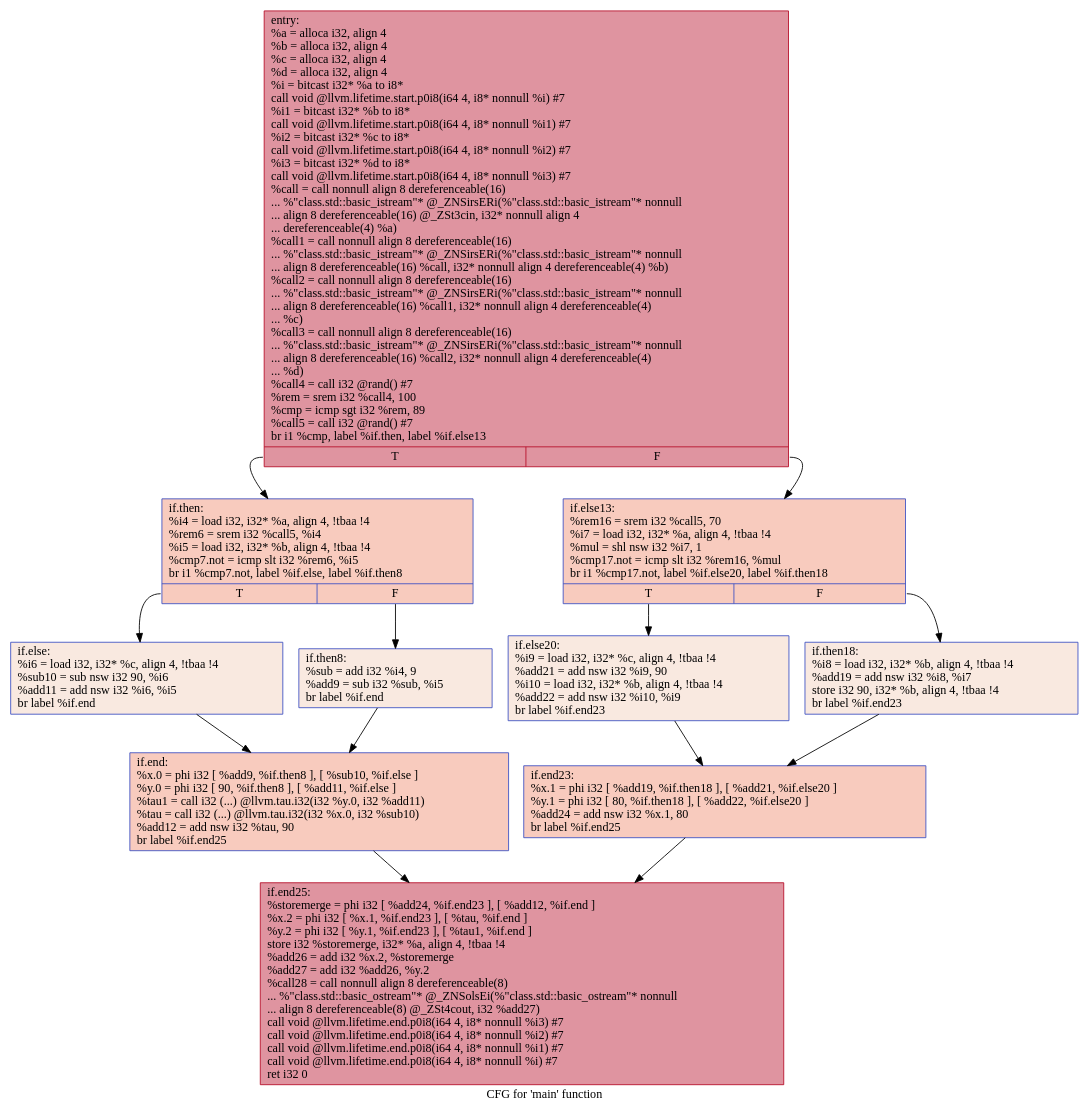
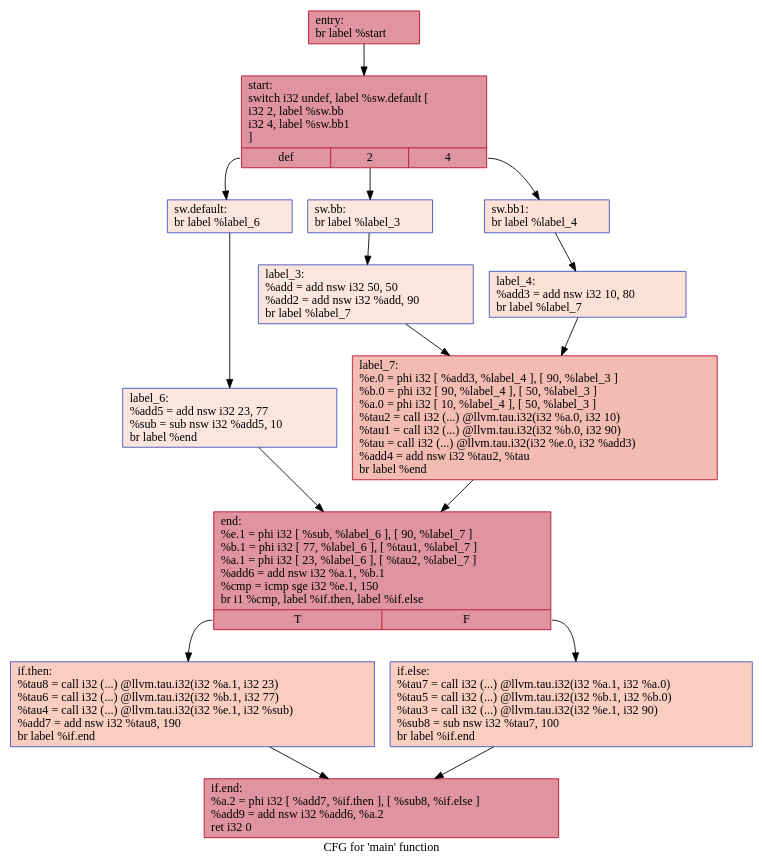
Before and after one commit to HPSSA-LLVM/HPSSA-LLVM: the diagram in IR/cfg/withHPSSA.dot, drawn with Graphviz. The commit also changed 67 other files, not shown here.

```diff
--- a/IR/cfg/withHPSSA.dot
+++ b/IR/cfg/withHPSSA.dot
@@ -1,26 +1,32 @@
 digraph "CFG for 'main' function" {
 	label="CFG for 'main' function";
 
-	Node0x5557fe608850 [shape=record,color="#b70d28ff", style=filled, fillcolor="#b70d2870",label="{entry:\l  %a = alloca i32, align 4\l  %b = alloca i32, align 4\l  %c = alloca i32, align 4\l  %d = alloca i32, align 4\l  %i = bitcast i32* %a to i8*\l  call void @llvm.lifetime.start.p0i8(i64 4, i8* nonnull %i) #7\l  %i1 = bitcast i32* %b to i8*\l  call void @llvm.lifetime.start.p0i8(i64 4, i8* nonnull %i1) #7\l  %i2 = bitcast i32* %c to i8*\l  call void @llvm.lifetime.start.p0i8(i64 4, i8* nonnull %i2) #7\l  %i3 = bitcast i32* %d to i8*\l  call void @llvm.lifetime.start.p0i8(i64 4, i8* nonnull %i3) #7\l  %call = call nonnull align 8 dereferenceable(16)\l... %\"class.std::basic_istream\"* @_ZNSirsERi(%\"class.std::basic_istream\"* nonnull\l... align 8 dereferenceable(16) @_ZSt3cin, i32* nonnull align 4\l... dereferenceable(4) %a)\l  %call1 = call nonnull align 8 dereferenceable(16)\l... %\"class.std::basic_istream\"* @_ZNSirsERi(%\"class.std::basic_istream\"* nonnull\l... align 8 dereferenceable(16) %call, i32* nonnull align 4 dereferenceable(4) %b)\l  %call2 = call nonnull align 8 dereferenceable(16)\l... %\"class.std::basic_istream\"* @_ZNSirsERi(%\"class.std::basic_istream\"* nonnull\l... align 8 dereferenceable(16) %call1, i32* nonnull align 4 dereferenceable(4)\l... %c)\l  %call3 = call nonnull align 8 dereferenceable(16)\l... %\"class.std::basic_istream\"* @_ZNSirsERi(%\"class.std::basic_istream\"* nonnull\l... align 8 dereferenceable(16) %call2, i32* nonnull align 4 dereferenceable(4)\l... %d)\l  %call4 = call i32 @rand() #7\l  %rem = srem i32 %call4, 100\l  %cmp = icmp sgt i32 %rem, 89\l  %call5 = call i32 @rand() #7\l  br i1 %cmp, label %if.then, label %if.else13\l|{<s0>T|<s1>F}}"];
-	Node0x5557fe608850:s0 -> Node0x5557fe60a0e0;
-	Node0x5557fe608850:s1 -> Node0x5557fe60a1b0;
-	Node0x5557fe60a0e0 [shape=record,color="#3d50c3ff", style=filled, fillcolor="#ef886b70",label="{if.then:                                          \l  %i4 = load i32, i32* %a, align 4, !tbaa !4\l  %rem6 = srem i32 %call5, %i4\l  %i5 = load i32, i32* %b, align 4, !tbaa !4\l  %cmp7.not = icmp slt i32 %rem6, %i5\l  br i1 %cmp7.not, label %if.else, label %if.then8\l|{<s0>T|<s1>F}}"];
-	Node0x5557fe60a0e0:s0 -> Node0x5557fe60b720;
-	Node0x5557fe60a0e0:s1 -> Node0x5557fe60b790;
-	Node0x5557fe60b790 [shape=record,color="#3d50c3ff", style=filled, fillcolor="#f1ccb870",label="{if.then8:                                         \l  %sub = add i32 %i4, 9\l  %add9 = sub i32 %sub, %i5\l  br label %if.end\l}"];
-	Node0x5557fe60b790 -> Node0x5557fe60bdd0;
-	Node0x5557fe60b720 [shape=record,color="#3d50c3ff", style=filled, fillcolor="#f1ccb870",label="{if.else:                                          \l  %i6 = load i32, i32* %c, align 4, !tbaa !4\l  %sub10 = sub nsw i32 90, %i6\l  %add11 = add nsw i32 %i6, %i5\l  br label %if.end\l}"];
-	Node0x5557fe60b720 -> Node0x5557fe60bdd0;
-	Node0x5557fe60bdd0 [shape=record,color="#3d50c3ff", style=filled, fillcolor="#ef886b70",label="{if.end:                                           \l  %x.0 = phi i32 [ %add9, %if.then8 ], [ %sub10, %if.else ]\l  %y.0 = phi i32 [ 90, %if.then8 ], [ %add11, %if.else ]\l  %tau1 = call i32 (...) @llvm.tau.i32(i32 %y.0, i32 %add11)\l  %tau = call i32 (...) @llvm.tau.i32(i32 %x.0, i32 %sub10)\l  %add12 = add nsw i32 %tau, 90\l  br label %if.end25\l}"];
-	Node0x5557fe60bdd0 -> Node0x5557fe60c650;
-	Node0x5557fe60a1b0 [shape=record,color="#3d50c3ff", style=filled, fillcolor="#ef886b70",label="{if.else13:                                        \l  %rem16 = srem i32 %call5, 70\l  %i7 = load i32, i32* %a, align 4, !tbaa !4\l  %mul = shl nsw i32 %i7, 1\l  %cmp17.not = icmp slt i32 %rem16, %mul\l  br i1 %cmp17.not, label %if.else20, label %if.then18\l|{<s0>T|<s1>F}}"];
-	Node0x5557fe60a1b0:s0 -> Node0x5557fe60d290;
-	Node0x5557fe60a1b0:s1 -> Node0x5557fe60d310;
-	Node0x5557fe60d310 [shape=record,color="#3d50c3ff", style=filled, fillcolor="#f1ccb870",label="{if.then18:                                        \l  %i8 = load i32, i32* %b, align 4, !tbaa !4\l  %add19 = add nsw i32 %i8, %i7\l  store i32 90, i32* %b, align 4, !tbaa !4\l  br label %if.end23\l}"];
-	Node0x5557fe60d310 -> Node0x5557fe60d670;
-	Node0x5557fe60d290 [shape=record,color="#3d50c3ff", style=filled, fillcolor="#f1ccb870",label="{if.else20:                                        \l  %i9 = load i32, i32* %c, align 4, !tbaa !4\l  %add21 = add nsw i32 %i9, 90\l  %i10 = load i32, i32* %b, align 4, !tbaa !4\l  %add22 = add nsw i32 %i10, %i9\l  br label %if.end23\l}"];
-	Node0x5557fe60d290 -> Node0x5557fe60d670;
-	Node0x5557fe60d670 [shape=record,color="#3d50c3ff", style=filled, fillcolor="#ef886b70",label="{if.end23:                                         \l  %x.1 = phi i32 [ %add19, %if.then18 ], [ %add21, %if.else20 ]\l  %y.1 = phi i32 [ 80, %if.then18 ], [ %add22, %if.else20 ]\l  %add24 = add nsw i32 %x.1, 80\l  br label %if.end25\l}"];
-	Node0x5557fe60d670 -> Node0x5557fe60c650;
-	Node0x5557fe60c650 [shape=record,color="#b70d28ff", style=filled, fillcolor="#b70d2870",label="{if.end25:                                         \l  %storemerge = phi i32 [ %add24, %if.end23 ], [ %add12, %if.end ]\l  %x.2 = phi i32 [ %x.1, %if.end23 ], [ %tau, %if.end ]\l  %y.2 = phi i32 [ %y.1, %if.end23 ], [ %tau1, %if.end ]\l  store i32 %storemerge, i32* %a, align 4, !tbaa !4\l  %add26 = add i32 %x.2, %storemerge\l  %add27 = add i32 %add26, %y.2\l  %call28 = call nonnull align 8 dereferenceable(8)\l... %\"class.std::basic_ostream\"* @_ZNSolsEi(%\"class.std::basic_ostream\"* nonnull\l... align 8 dereferenceable(8) @_ZSt4cout, i32 %add27)\l  call void @llvm.lifetime.end.p0i8(i64 4, i8* nonnull %i3) #7\l  call void @llvm.lifetime.end.p0i8(i64 4, i8* nonnull %i2) #7\l  call void @llvm.lifetime.end.p0i8(i64 4, i8* nonnull %i1) #7\l  call void @llvm.lifetime.end.p0i8(i64 4, i8* nonnull %i) #7\l  ret i32 0\l}"];
+	Node0x55a850706cd0 [shape=record,color="#b70d28ff", style=filled, fillcolor="#b70d2870",label="{entry:\l  br label %start\l}"];
+	Node0x55a850706cd0 -> Node0x55a850706e00;
+	Node0x55a850706e00 [shape=record,color="#b70d28ff", style=filled, fillcolor="#b70d2870",label="{start:                                            \l  switch i32 undef, label %sw.default [\l    i32 2, label %sw.bb\l    i32 4, label %sw.bb1\l  ]\l|{<s0>def|<s1>2|<s2>4}}"];
+	Node0x55a850706e00:s0 -> Node0x55a850707310;
+	Node0x55a850706e00:s1 -> Node0x55a850707390;
+	Node0x55a850706e00:s2 -> Node0x55a850707430;
+	Node0x55a850707390 [shape=record,color="#3d50c3ff", style=filled, fillcolor="#f3c7b170",label="{sw.bb:                                            \l  br label %label_3\l}"];
+	Node0x55a850707390 -> Node0x55a8507075c0;
+	Node0x55a850707430 [shape=record,color="#3d50c3ff", style=filled, fillcolor="#f7bca170",label="{sw.bb1:                                           \l  br label %label_4\l}"];
+	Node0x55a850707430 -> Node0x55a8507076a0;
+	Node0x55a850707310 [shape=record,color="#3d50c3ff", style=filled, fillcolor="#f3c7b170",label="{sw.default:                                       \l  br label %label_6\l}"];
+	Node0x55a850707310 -> Node0x55a850707780;
+	Node0x55a8507075c0 [shape=record,color="#3d50c3ff", style=filled, fillcolor="#f3c7b170",label="{label_3:                                          \l  %add = add nsw i32 50, 50\l  %add2 = add nsw i32 %add, 90\l  br label %label_7\l}"];
+	Node0x55a8507075c0 -> Node0x55a850707a20;
+	Node0x55a8507076a0 [shape=record,color="#3d50c3ff", style=filled, fillcolor="#f7bca170",label="{label_4:                                          \l  %add3 = add nsw i32 10, 80\l  br label %label_7\l}"];
+	Node0x55a8507076a0 -> Node0x55a850707a20;
+	Node0x55a850707a20 [shape=record,color="#b70d28ff", style=filled, fillcolor="#e1675170",label="{label_7:                                          \l  %e.0 = phi i32 [ %add3, %label_4 ], [ 90, %label_3 ]\l  %b.0 = phi i32 [ 90, %label_4 ], [ 50, %label_3 ]\l  %a.0 = phi i32 [ 10, %label_4 ], [ 50, %label_3 ]\l  %tau2 = call i32 (...) @llvm.tau.i32(i32 %a.0, i32 10)\l  %tau1 = call i32 (...) @llvm.tau.i32(i32 %b.0, i32 90)\l  %tau = call i32 (...) @llvm.tau.i32(i32 %e.0, i32 %add3)\l  %add4 = add nsw i32 %tau2, %tau\l  br label %end\l}"];
+	Node0x55a850707a20 -> Node0x55a850708530;
+	Node0x55a850707780 [shape=record,color="#3d50c3ff", style=filled, fillcolor="#f3c7b170",label="{label_6:                                          \l  %add5 = add nsw i32 23, 77\l  %sub = sub nsw i32 %add5, 10\l  br label %end\l}"];
+	Node0x55a850707780 -> Node0x55a850708530;
+	Node0x55a850708530 [shape=record,color="#b70d28ff", style=filled, fillcolor="#b70d2870",label="{end:                                              \l  %e.1 = phi i32 [ %sub, %label_6 ], [ 90, %label_7 ]\l  %b.1 = phi i32 [ 77, %label_6 ], [ %tau1, %label_7 ]\l  %a.1 = phi i32 [ 23, %label_6 ], [ %tau2, %label_7 ]\l  %add6 = add nsw i32 %a.1, %b.1\l  %cmp = icmp sge i32 %e.1, 150\l  br i1 %cmp, label %if.then, label %if.else\l|{<s0>T|<s1>F}}"];
+	Node0x55a850708530:s0 -> Node0x55a850708f00;
+	Node0x55a850708530:s1 -> Node0x55a850708fd0;
+	Node0x55a850708f00 [shape=record,color="#3d50c3ff", style=filled, fillcolor="#f2907270",label="{if.then:                                          \l  %tau8 = call i32 (...) @llvm.tau.i32(i32 %a.1, i32 23)\l  %tau6 = call i32 (...) @llvm.tau.i32(i32 %b.1, i32 77)\l  %tau4 = call i32 (...) @llvm.tau.i32(i32 %e.1, i32 %sub)\l  %add7 = add nsw i32 %tau8, 190\l  br label %if.end\l}"];
+	Node0x55a850708f00 -> Node0x55a8507095c0;
+	Node0x55a850708fd0 [shape=record,color="#3d50c3ff", style=filled, fillcolor="#f2907270",label="{if.else:                                          \l  %tau7 = call i32 (...) @llvm.tau.i32(i32 %a.1, i32 %a.0)\l  %tau5 = call i32 (...) @llvm.tau.i32(i32 %b.1, i32 %b.0)\l  %tau3 = call i32 (...) @llvm.tau.i32(i32 %e.1, i32 90)\l  %sub8 = sub nsw i32 %tau7, 100\l  br label %if.end\l}"];
+	Node0x55a850708fd0 -> Node0x55a8507095c0;
+	Node0x55a8507095c0 [shape=record,color="#b70d28ff", style=filled, fillcolor="#b70d2870",label="{if.end:                                           \l  %a.2 = phi i32 [ %add7, %if.then ], [ %sub8, %if.else ]\l  %add9 = add nsw i32 %add6, %a.2\l  ret i32 0\l}"];
 }
```
